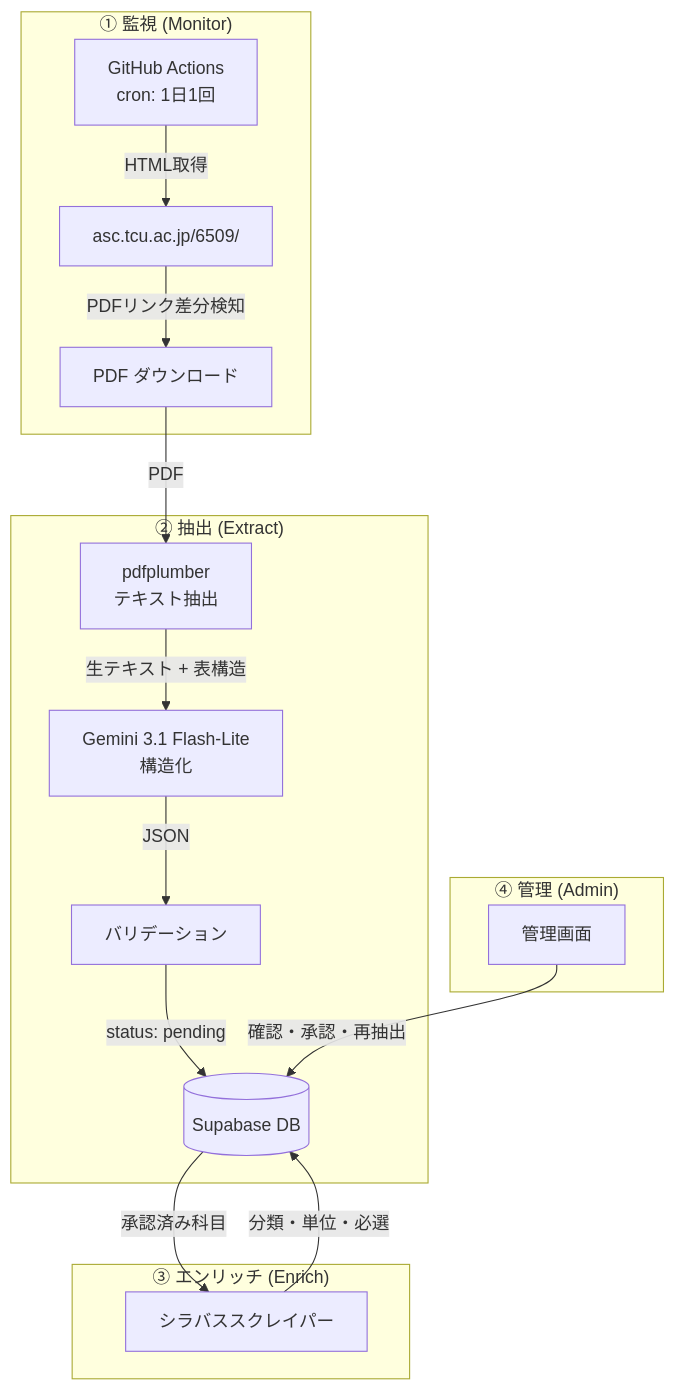
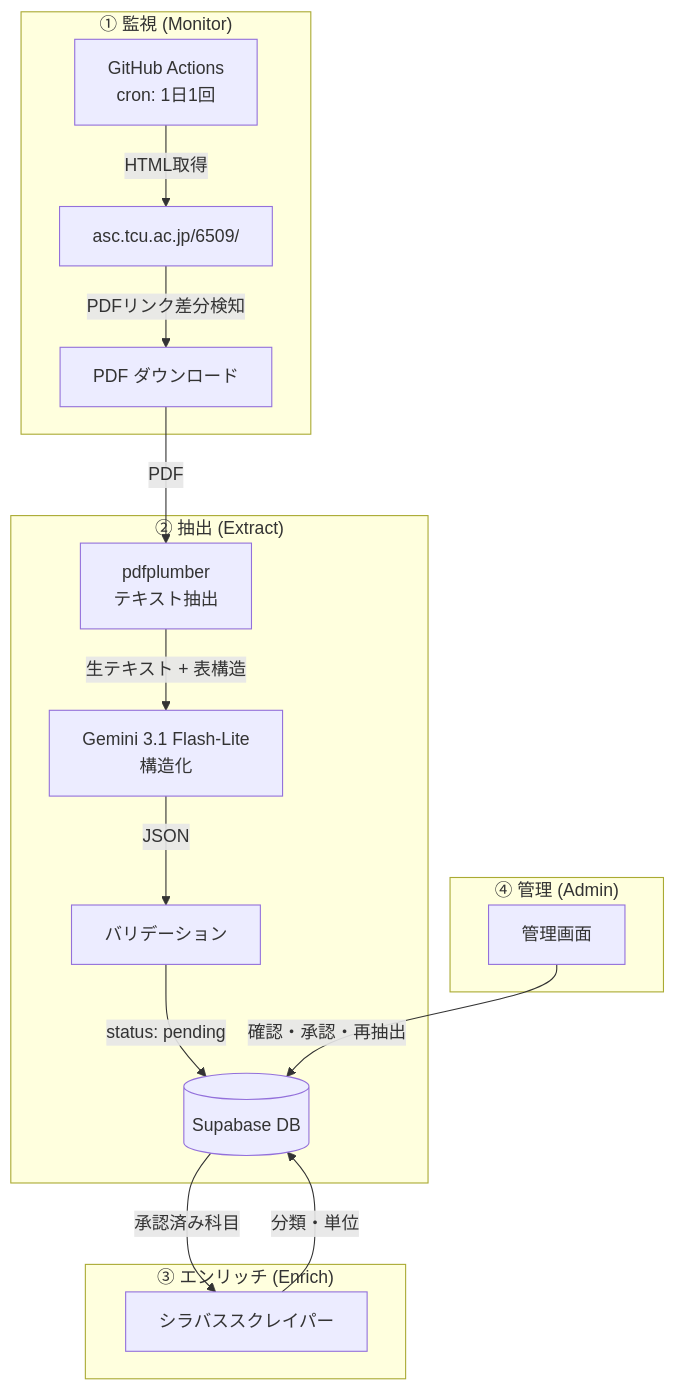
One commit to nahcaru/tcu-time changed the first of 2 diagrams in Docs/01_data_pipeline.md. Above: the diagram before and after it, drawn with Mermaid. The commit also changed other lines of this file and 11 other files, not shown here.

````diff
--- a/Docs/01_data_pipeline.md
+++ b/Docs/01_data_pipeline.md
@@ -7,23 +7,23 @@
 ```mermaid
 graph TD
     subgraph "① 監視 (Monitor)"
         M[GitHub Actions<br/>cron: 1日1回] -->|HTML取得| W["asc.tcu.ac.jp/6509/"]
         W -->|PDFリンク差分検知| DL[PDF ダウンロード]
     end
 
     subgraph "② 抽出 (Extract)"
         DL -->|PDF| PB[pdfplumber<br/>テキスト抽出]
         PB -->|生テキスト + 表構造| LLM[Gemini 3.1 Flash-Lite<br/>構造化]
         LLM -->|JSON| V[バリデーション]
         V -->|status: pending| DB[(Supabase DB)]
     end
 
     subgraph "③ エンリッチ (Enrich)"
         DB -->|承認済み科目| SC[シラバススクレイパー]
-        SC -->|分類・単位・必選| DB
+        SC -->|分類・単位| DB
     end
 
     subgraph "④ 管理 (Admin)"
         ADMIN[管理画面] -->|確認・承認・再抽出| DB
     end
 ```
````
